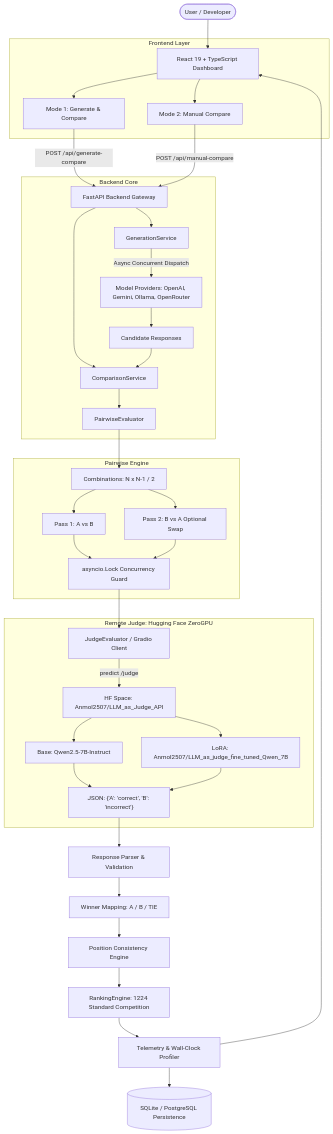
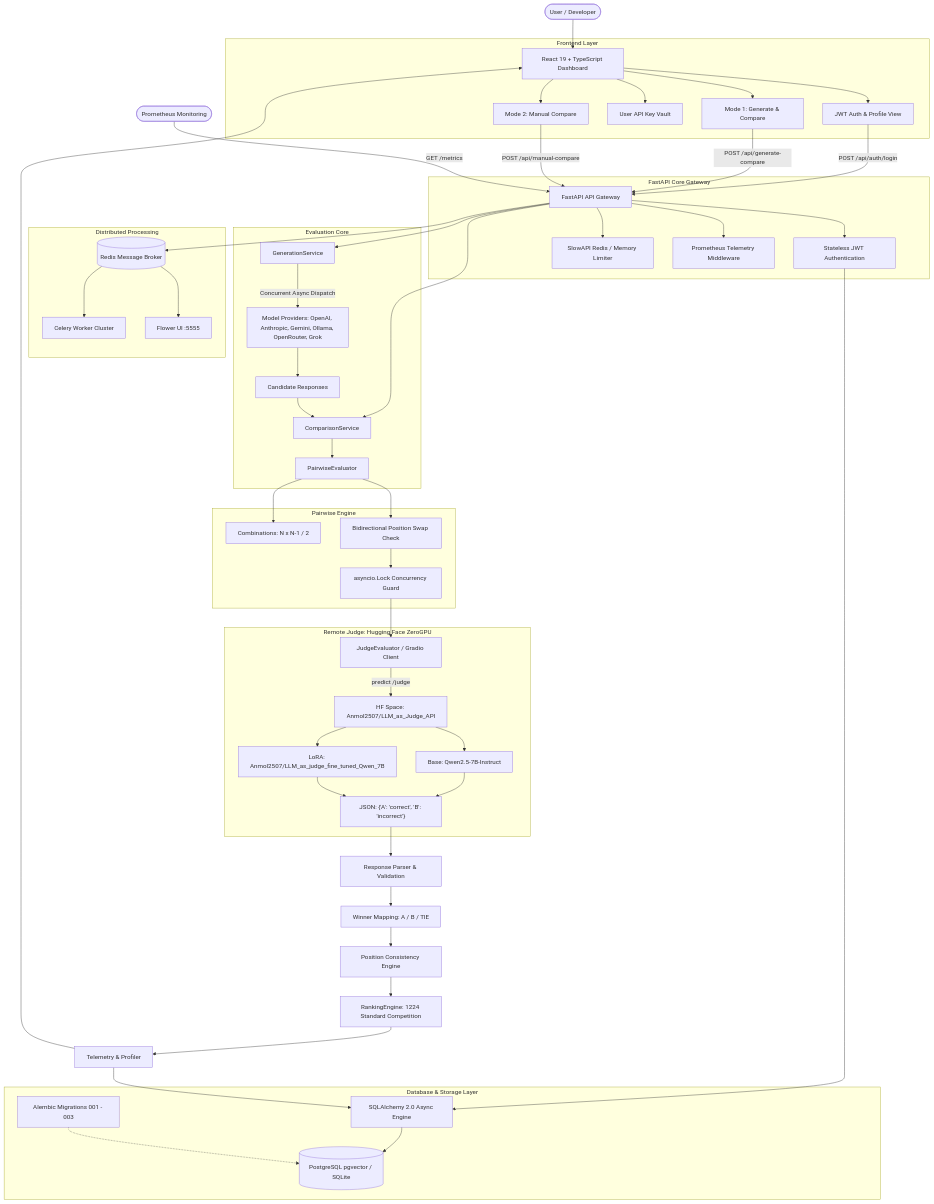
The diagram in README.md (AnmolRajpoot25/LLM_as_Judge), drawn with Mermaid before and after one commit. The commit also changed other lines of this file, not shown here.

Commit message:
docs: update README with v2.0 async architecture, celery, and docker compose

````diff
--- a/README.md
+++ b/README.md
@@ -106,45 +111,66 @@
 ```mermaid
 flowchart TD
     User([User / Developer]) --> UI[React 19 + TypeScript Dashboard]
     
     subgraph Frontend_App [Frontend Layer]
         UI --> M1[Mode 1: Generate & Compare]
         UI --> M2[Mode 2: Manual Compare]
+        UI --> KeyMgr[User API Key Vault]
+        UI --> AuthUI[JWT Auth & Profile View]
     end
 
-    M1 -->|POST /api/generate-compare| API[FastAPI Backend Gateway]
-    M2 -->|POST /api/manual-compare| API
+    AuthUI -->|POST /api/auth/login| Gate[FastAPI API Gateway]
+    M1 -->|POST /api/generate-compare| Gate
+    M2 -->|POST /api/manual-compare| Gate
+    Prometheus([Prometheus Monitoring]) -->|GET /metrics| Gate
 
-    subgraph Backend_Services [Backend Core]
-        API --> GenSvc[GenerationService]
-        GenSvc -->|Async Concurrent Dispatch| Prov[Model Providers: OpenAI, Gemini, Ollama, OpenRouter]
+    subgraph Backend_Gateway [FastAPI Core Gateway]
+        Gate --> JWTAuth[Stateless JWT Authentication]
+        Gate --> RateLimiter[SlowAPI Redis / Memory Limiter]
+        Gate --> MetricMid[Prometheus Telemetry Middleware]
+    end
+
+    subgraph Async_DB [Database & Storage Layer]
+        JWTAuth --> AsyncORM[SQLAlchemy 2.0 Async Engine]
+        AsyncORM --> DB[(PostgreSQL pgvector / SQLite)]
+        Alembic[Alembic Migrations 001 - 003] -.-> DB
+    end
+
+    subgraph Task_Queue [Distributed Processing]
+        Gate --> RedisBroker[(Redis Message Broker)]
+        RedisBroker --> CeleryWorkers[Celery Worker Cluster]
+        RedisBroker --> FlowerDash[Flower UI :5555]
+    end
+
+    subgraph Backend_Services [Evaluation Core]
+        Gate --> GenSvc[GenerationService]
+        GenSvc -->|Concurrent Async Dispatch| Prov[Model Providers: OpenAI, Anthropic, Gemini, Ollama, OpenRouter, Grok]
         Prov --> Collect[Candidate Responses]
         
-        API --> CompSvc[ComparisonService]
+        Gate --> CompSvc[ComparisonService]
         Collect --> CompSvc
         CompSvc --> PairEval[PairwiseEvaluator]
     end
 
     subgraph Evaluation_Engine [Pairwise Engine]
         PairEval --> Perm[Combinations: N x N-1 / 2]
-        Perm --> Order1[Pass 1: A vs B]
-        Perm --> Order2[Pass 2: B vs A Optional Swap]
-        Order1 & Order2 --> Lock[asyncio.Lock Concurrency Guard]
+        PairEval --> DualPass[Bidirectional Position Swap Check]
+        DualPass --> Lock[asyncio.Lock Concurrency Guard]
     end
 
     subgraph Inference_Layer [Remote Judge: Hugging Face ZeroGPU]
         Lock --> GradioClient[JudgeEvaluator / Gradio Client]
         GradioClient -->|predict /judge| HFSpace[HF Space: Anmol2507/LLM_as_Judge_API]
         HFSpace --> BaseQwen[Base: Qwen2.5-7B-Instruct]
         HFSpace --> LoRAAdapter[LoRA: Anmol2507/LLM_as_judge_fine_tuned_Qwen_7B]
         BaseQwen & LoRAAdapter --> InferenceOutput["JSON: {'A': 'correct', 'B': 'incorrect'}"]
     end
 
     InferenceOutput --> RespValidator[Response Parser & Validation]
     RespValidator --> WinnerMap[Winner Mapping: A / B / TIE]
     WinnerMap --> ConsistencyCheck[Position Consistency Engine]
     ConsistencyCheck --> RankEng[RankingEngine: 1224 Standard Competition]
-    RankEng --> MetricsTracker[Telemetry & Wall-Clock Profiler]
-    MetricsTracker --> DB[(SQLite / PostgreSQL Persistence)]
+    RankEng --> MetricsTracker[Telemetry & Profiler]
+    MetricsTracker --> AsyncORM
     MetricsTracker --> UI
 ```
````
